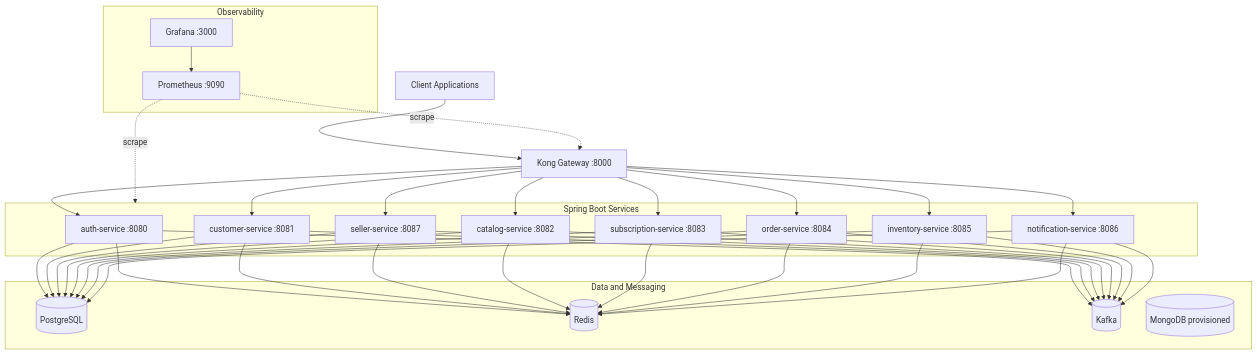
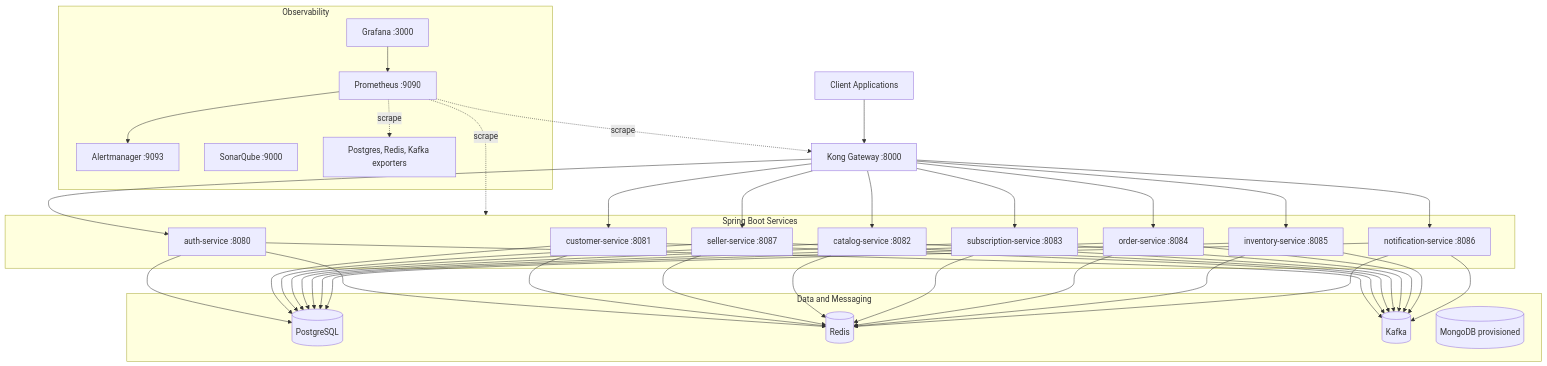
The second of 6 diagrams in docs/diagrams.md (jobsonrisoa/market-basket-platform), drawn with Mermaid before and after one commit. The commit also changed other lines of this file and 10 other files, not shown here.

````diff
--- a/docs/diagrams.md
+++ b/docs/diagrams.md
@@ -25,69 +25,74 @@
 ```mermaid
 flowchart TB
   client[Client Applications]
   kong[Kong Gateway :8000]
 
   subgraph services[Spring Boot Services]
     auth[auth-service :8080]
     customer[customer-service :8081]
     seller[seller-service :8087]
     catalog[catalog-service :8082]
     subscription[subscription-service :8083]
     order[order-service :8084]
     inventory[inventory-service :8085]
     notification[notification-service :8086]
   end
 
   subgraph data[Data and Messaging]
     postgres[(PostgreSQL)]
     redis[(Redis)]
     kafka[(Kafka)]
     mongo[(MongoDB provisioned)]
   end
 
   subgraph obs[Observability]
     prometheus[Prometheus :9090]
+    alertmanager[Alertmanager :9093]
     grafana[Grafana :3000]
+    sonar[SonarQube :9000]
+    exporters[Postgres, Redis, Kafka exporters]
   end
 
   client --> kong
   kong --> auth
   kong --> customer
   kong --> seller
   kong --> catalog
   kong --> subscription
   kong --> order
   kong --> inventory
   kong --> notification
 
   auth --> postgres
   customer --> postgres
   seller --> postgres
   catalog --> postgres
   subscription --> postgres
   order --> postgres
   inventory --> postgres
   notification --> postgres
 
   auth --> redis
   customer --> redis
   seller --> redis
   catalog --> redis
   subscription --> redis
   order --> redis
   inventory --> redis
   notification --> redis
 
   auth --> kafka
   customer --> kafka
   seller --> kafka
   catalog --> kafka
   subscription --> kafka
   order --> kafka
   inventory --> kafka
   notification --> kafka
 
   prometheus -. scrape .-> services
   prometheus -. scrape .-> kong
+  prometheus -. scrape .-> exporters
+  prometheus --> alertmanager
   grafana --> prometheus
 ```
````
